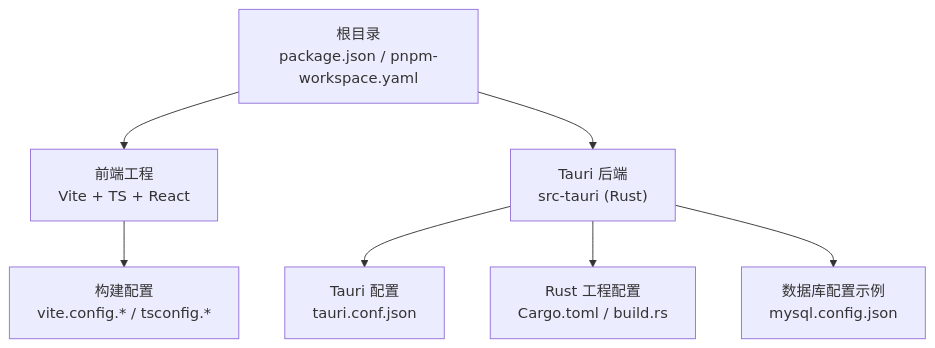
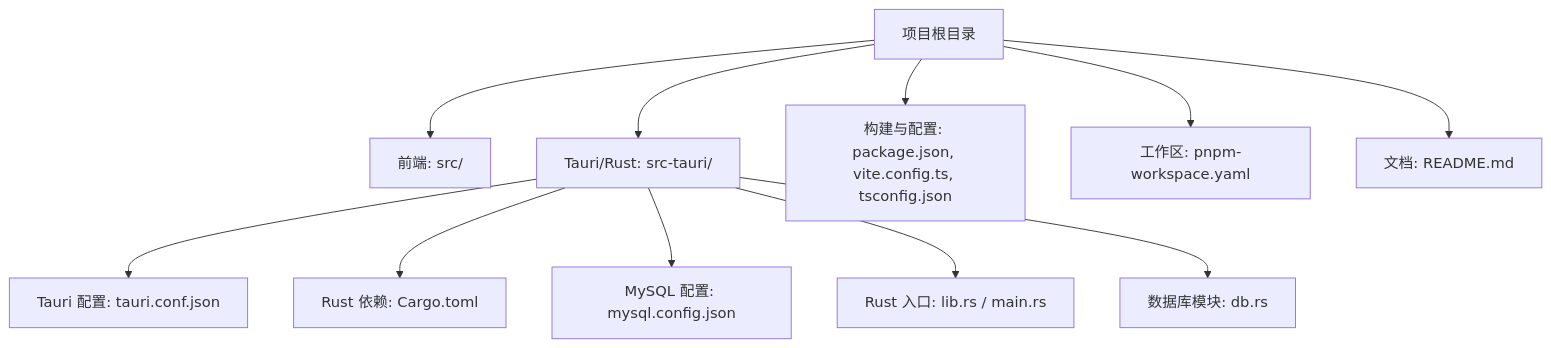
One commit to gzdxhujiale/FishWorker changed the first of 3 diagrams in .qoder/repowiki/zh/content/开发指南/环境搭建.md. Above: the diagram before and after it, drawn with Mermaid. The commit also changed other lines of this file and 238 other files, not shown here.

````diff
--- a/.qoder/repowiki/zh/content/开发指南/环境搭建.md
+++ b/.qoder/repowiki/zh/content/开发指南/环境搭建.md
@@ -42,9 +39,13 @@
 ```mermaid
 graph TB
-A["根目录<br/>package.json / pnpm-workspace.yaml"] --> B["前端工程<br/>Vite + TS + React"]
-A --> C["Tauri 后端<br/>src-tauri (Rust)"]
-B --> D["构建配置<br/>vite.config.* / tsconfig.*"]
-C --> E["Tauri 配置<br/>tauri.conf.json"]
-C --> F["Rust 工程配置<br/>Cargo.toml / build.rs"]
-C --> G["数据库配置示例<br/>mysql.config.json"]
+A["项目根目录"] --> B["前端: src/"]
+A --> C["Tauri/Rust: src-tauri/"]
+A --> D["构建与配置: package.json, vite.config.ts, tsconfig.json"]
+A --> E["工作区: pnpm-workspace.yaml"]
+A --> F["文档: README.md"]
+C --> G["Tauri 配置: tauri.conf.json"]
+C --> H["Rust 依赖: Cargo.toml"]
+C --> I["MySQL 配置: mysql.config.json"]
+C --> J["Rust 入口: lib.rs / main.rs"]
+C --> K["数据库模块: db.rs"]
 ```
````
